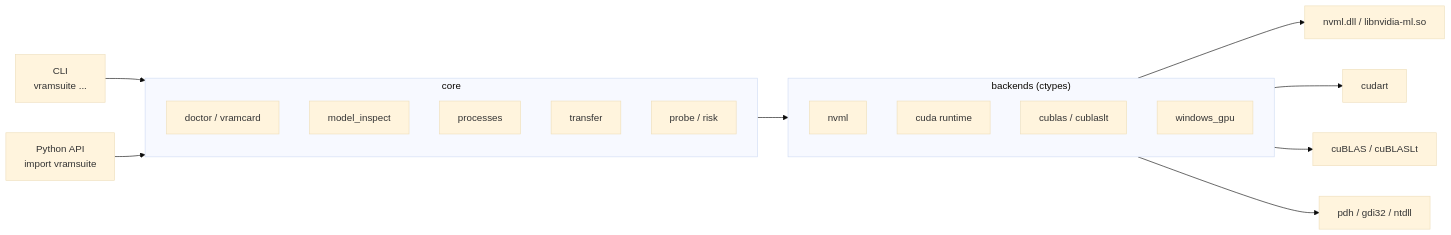
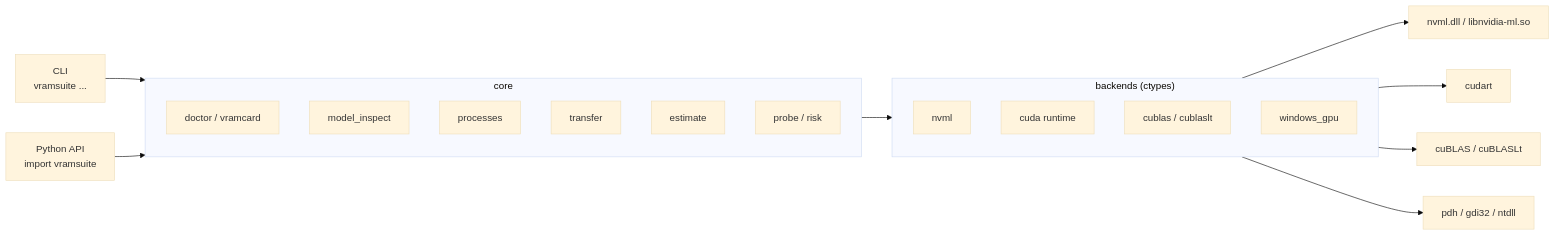
Before and after one commit to k1n0F/vramsuite: the diagram in README.md, drawn with Mermaid (base theme). The commit also changed other lines of this file and 6 other files, not shown here.

````diff
--- a/README.md
+++ b/README.md
@@ -91,28 +92,29 @@
 ```mermaid
 flowchart LR
     CLI["CLI<br/>vramsuite ..."] --> CORE
     API["Python API<br/>import vramsuite"] --> CORE
 
     subgraph CORE["core"]
         direction TB
         doctor["doctor / vramcard"]
         inspect["model_inspect"]
         processes["processes"]
         transfer["transfer"]
+        estimate["estimate"]
         probe["probe / risk"]
     end
 
     subgraph BACKENDS["backends (ctypes)"]
         direction TB
         nvml["nvml"]
         cuda["cuda runtime"]
         blas["cublas / cublaslt"]
         win["windows_gpu"]
     end
 
     CORE --> BACKENDS
     nvml --> NV["nvml.dll / libnvidia-ml.so"]
     cuda --> RT["cudart"]
     blas --> BL["cuBLAS / cuBLASLt"]
     win --> OS["pdh / gdi32 / ntdll"]
 ```
````
